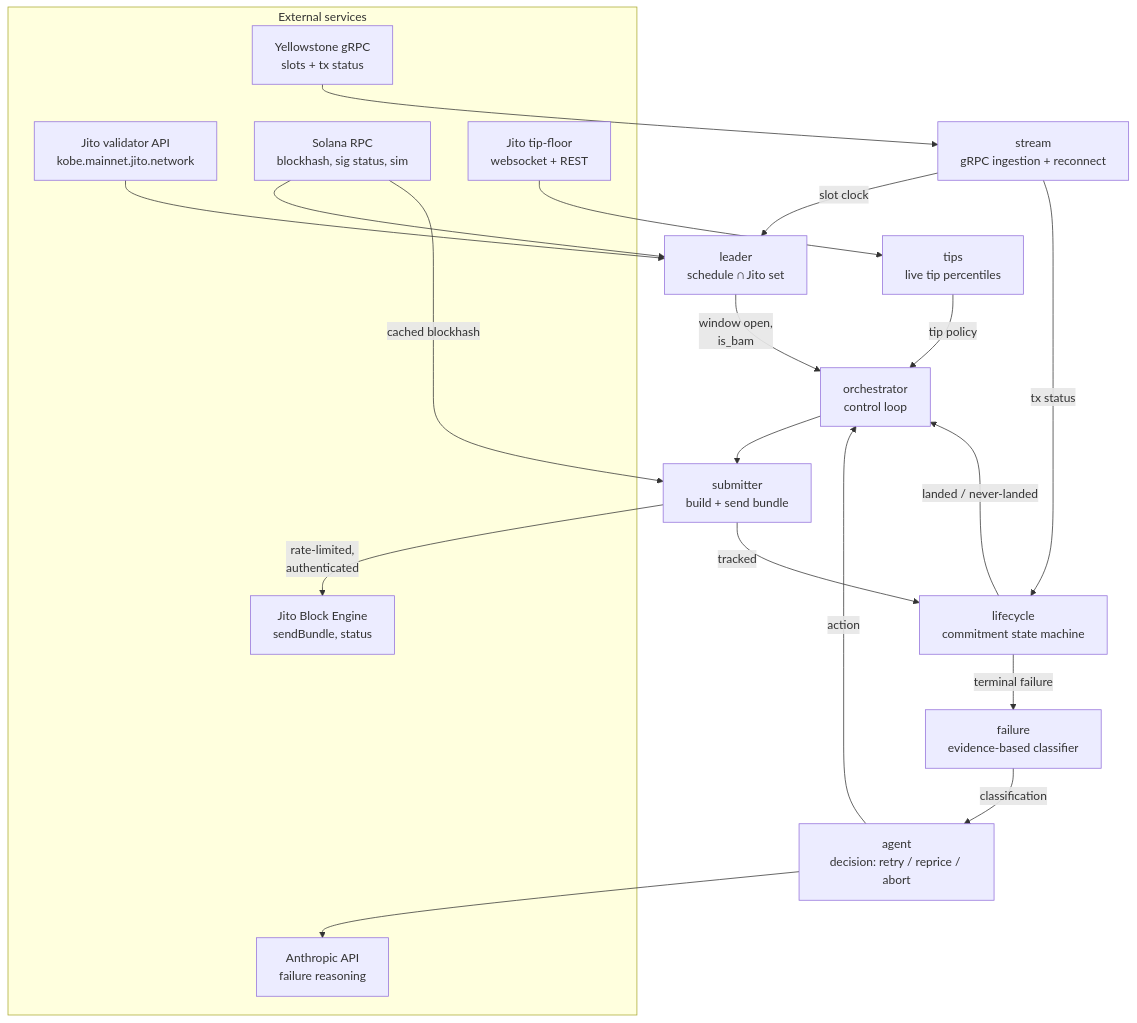
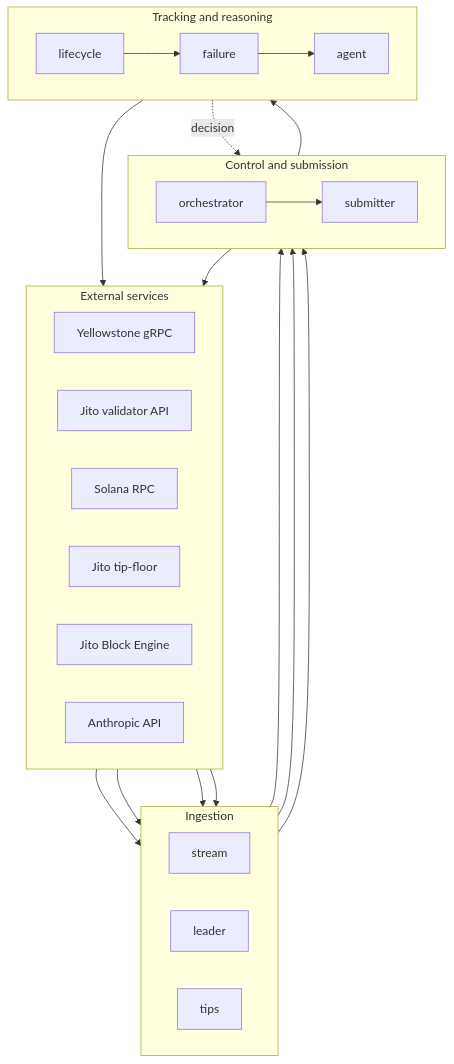
The diagram in ARCHITECTURE.md (shrooms08/solana-smart-tx), drawn with Mermaid before and after one commit.

Commit message:
Clean up system architecture diagram layout

````diff
--- a/ARCHITECTURE.md
+++ b/ARCHITECTURE.md
@@ -52,34 +52,47 @@
 ```mermaid
-flowchart TD
-    subgraph ext[External services]
-        YS[Yellowstone gRPC<br/>slots + tx status]
-        KOBE[Jito validator API<br/>kobe.mainnet.jito.network]
-        RPC[Solana RPC<br/>blockhash, sig status, sim]
-        TIPWS[Jito tip-floor<br/>websocket + REST]
-        BE[Jito Block Engine<br/>sendBundle, status]
-        ANTH[Anthropic API<br/>failure reasoning]
+flowchart TB
+    subgraph EXT[External services]
+        direction LR
+        YS[Yellowstone gRPC]
+        KOBE[Jito validator API]
+        RPC[Solana RPC]
+        TIP[Jito tip-floor]
+        BE[Jito Block Engine]
+        ANTH[Anthropic API]
     end
 
-    YS --> STREAM[stream<br/>gRPC ingestion + reconnect]
-    KOBE --> LEADER[leader<br/>schedule ∩ Jito set]
+    subgraph ING[Ingestion]
+        direction LR
+        STREAM[stream]
+        LEADER[leader]
+        TIPS[tips]
+    end
+
+    subgraph CTRL[Control and submission]
+        direction LR
+        ORCH[orchestrator]
+        SUB[submitter]
+    end
+
+    subgraph TRK[Tracking and reasoning]
+        direction LR
+        LIFE[lifecycle]
+        FAIL[failure]
+        AGENT[agent]
+    end
+
+    YS --> STREAM
+    KOBE --> LEADER
     RPC --> LEADER
-    TIPWS --> TIPS[tips<br/>live tip percentiles]
-
-    STREAM -->|slot clock| LEADER
-    STREAM -->|tx status| LIFECYCLE[lifecycle<br/>commitment state machine]
-
-    LEADER -->|window open,<br/>is_bam| ORCH[orchestrator<br/>control loop]
-    TIPS -->|tip policy| ORCH
-    RPC -->|cached blockhash| SUBMITTER[submitter<br/>build + send bundle]
-
-    ORCH --> SUBMITTER
-    SUBMITTER -->|rate-limited,<br/>authenticated| BE
-    SUBMITTER -->|tracked| LIFECYCLE
-
-    LIFECYCLE -->|terminal failure| FAILURE[failure<br/>evidence-based classifier]
-    FAILURE -->|classification| AGENT[agent<br/>decision: retry / reprice / abort]
+    TIP --> TIPS
+    STREAM --> ORCH
+    LEADER --> ORCH
+    TIPS --> ORCH
+    ORCH --> SUB
+    SUB --> BE
+    SUB --> LIFE
+    LIFE --> FAIL
+    FAIL --> AGENT
     AGENT --> ANTH
-    AGENT -->|action| ORCH
-
-    LIFECYCLE -->|landed / never-landed| ORCH
+    AGENT -.decision.-> ORCH
 ```
````
